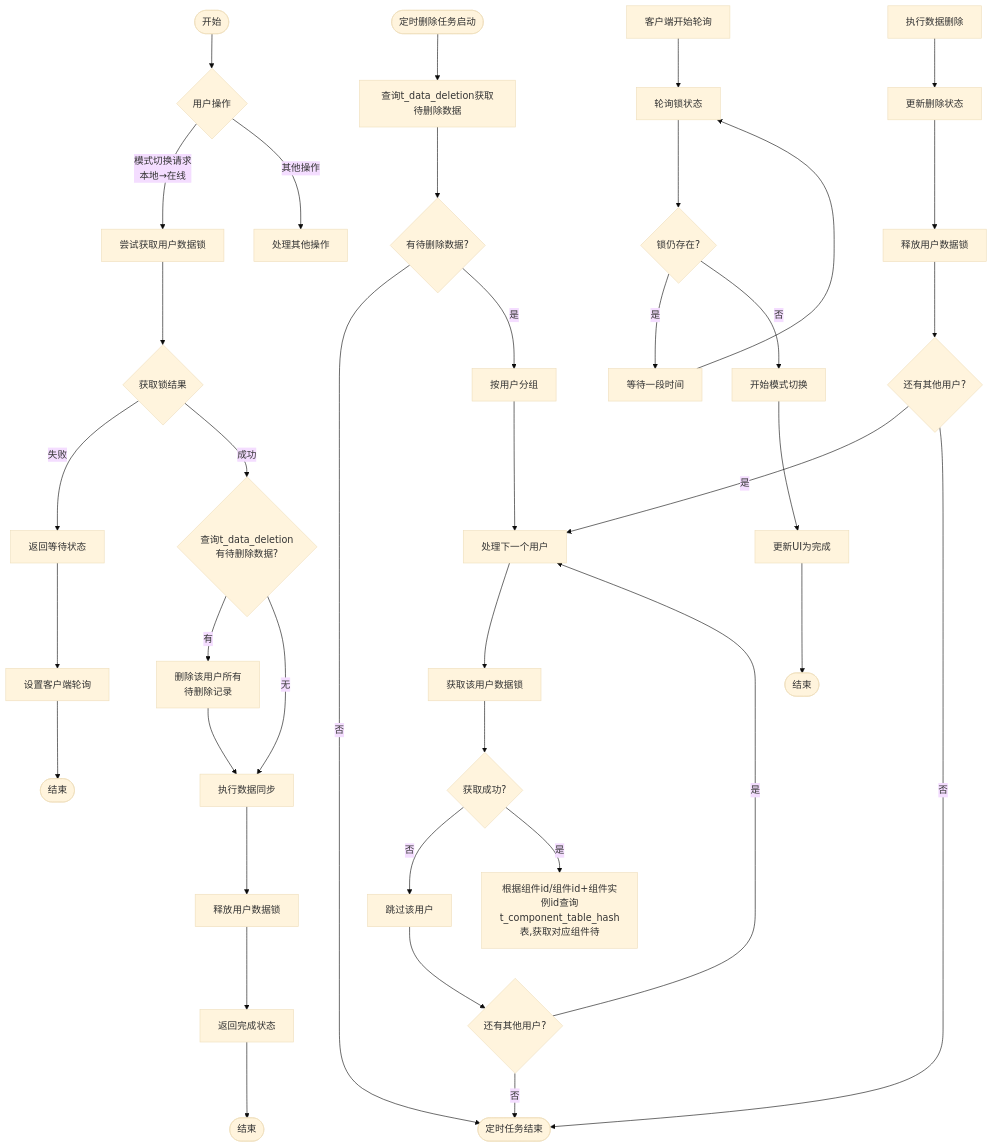
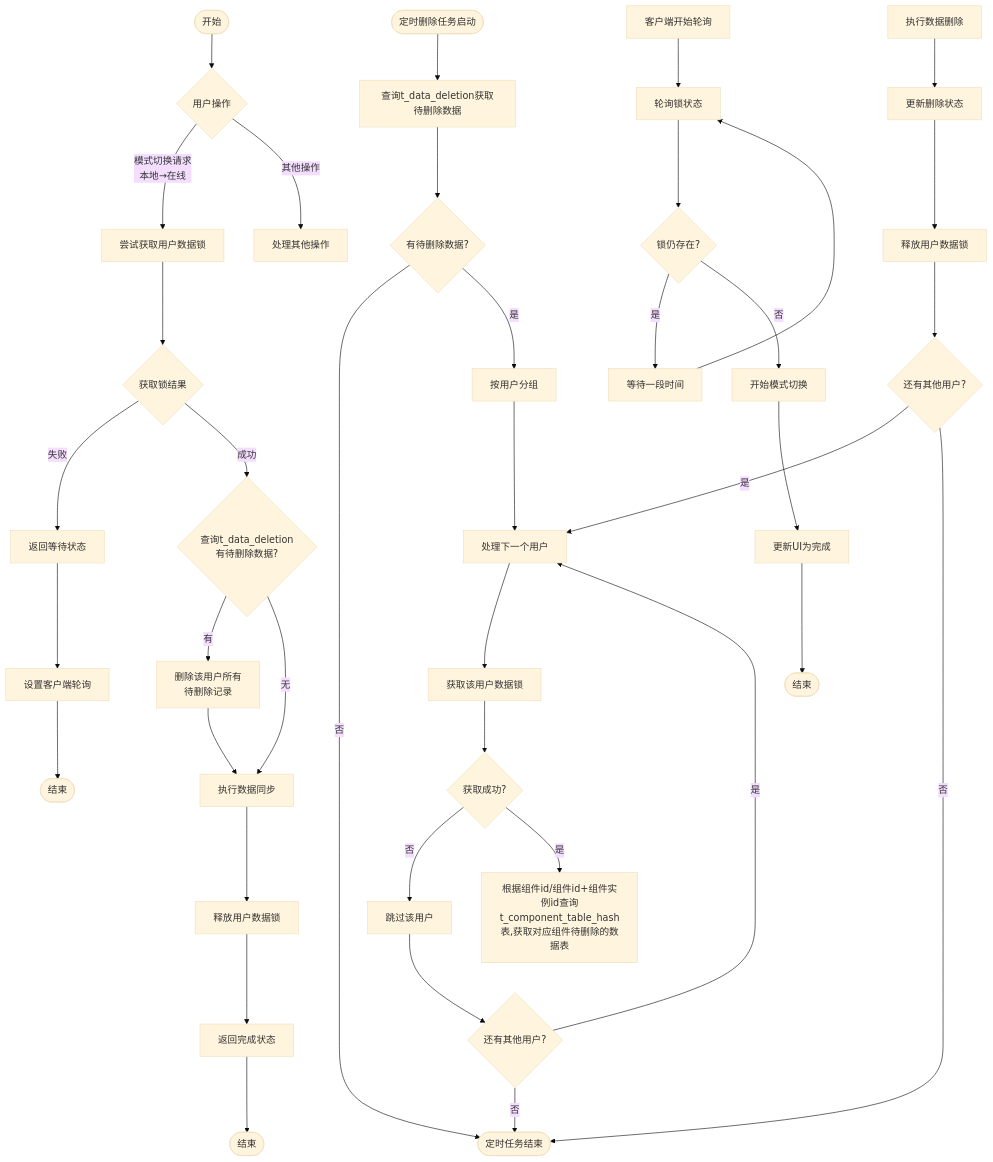
Before and after one commit to yingjianzh/iodraw-files: the diagram in all/未命名-57.md, drawn with Mermaid (base theme).

Commit message:
2025-05-12 11:22:20 update

````diff
--- a/all/未命名-57.md
+++ b/all/未命名-57.md
@@ -1,61 +1,62 @@
 ```mermaid
 flowchart TD
     %% 主要分支
     Start([开始]) --> UserAction{用户操作}
     UserAction -->|模式切换请求\n本地→在线| TryLock[尝试获取用户数据锁]
     UserAction -->|其他操作| OtherOps[处理其他操作]
     
     %% 定时删除任务分支
     ScheduledTask([定时删除任务启动]) --> QueryDeletions[查询t_data_deletion获取待删除数据]
     QueryDeletions --> HasTasks{有待删除数据?}
     HasTasks -->|否| TaskEnd([定时任务结束])
     HasTasks -->|是| GroupByUser[按用户分组]
     
     %% 处理用户数据删除
     GroupByUser --> ProcessNextUser[处理下一个用户]
     ProcessNextUser --> AcquireLock[获取该用户数据锁]
     AcquireLock --> LockSuccess{获取成功?}
     
     LockSuccess -->|否| SkipUser[跳过该用户]
     SkipUser --> MoreUsers1{还有其他用户?}
     MoreUsers1 -->|是| ProcessNextUser
     MoreUsers1 -->|否| TaskEnd
     
-    LockSuccess -->|是| GetData[根据组件id/组件id+组件实例id查询t_component_table_hash表,获取对应组件待]
+    LockSuccess -->|是| GetData[根据组件id/组件id+组件实例id查询t_component_table_hash表,获取对应组件待删除的数据表]
+    
     
     DeleteData[执行数据删除]
     DeleteData --> UpdateStatus[更新删除状态]
     UpdateStatus --> ReleaseLock[释放用户数据锁]
     ReleaseLock --> MoreUsers2{还有其他用户?}
     MoreUsers2 -->|是| ProcessNextUser
     MoreUsers2 -->|否| TaskEnd
     
     %% 模式切换流程
     TryLock --> LockResult{获取锁结果}
     
     LockResult -->|失败| ReturnWaiting[返回等待状态]
     ReturnWaiting --> SetupPolling[设置客户端轮询]
     SetupPolling --> End1([结束])
     
     LockResult -->|成功| CheckPendingDeletion{查询t_data_deletion\n有待删除数据?}
     
     CheckPendingDeletion -->|有| RemoveDeletionRecords[删除该用户所有\n待删除记录]
     RemoveDeletionRecords --> PerformSync[执行数据同步]
     
     CheckPendingDeletion -->|无| PerformSync
     
     PerformSync --> ReleaseSwitchLock[释放用户数据锁]
     ReleaseSwitchLock --> ReturnComplete[返回完成状态]
     ReturnComplete --> End2([结束])
     
     %% 客户端轮询
     ClientPolling[客户端开始轮询] --> PollLockStatus[轮询锁状态]
     PollLockStatus --> StillLocked{锁仍存在?}
     
     StillLocked -->|是| WaitInterval[等待一段时间]
     WaitInterval --> PollLockStatus
     
     StillLocked -->|否| StartSwitch[开始模式切换]
     StartSwitch --> CompleteUI[更新UI为完成]
     CompleteUI --> End3([结束])
 ```
````
